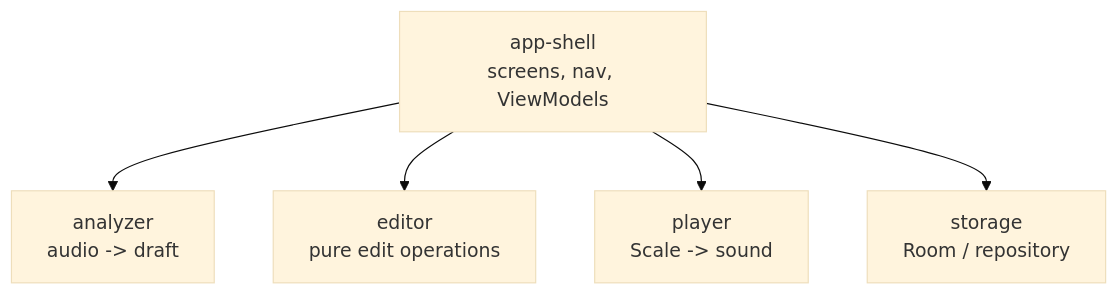
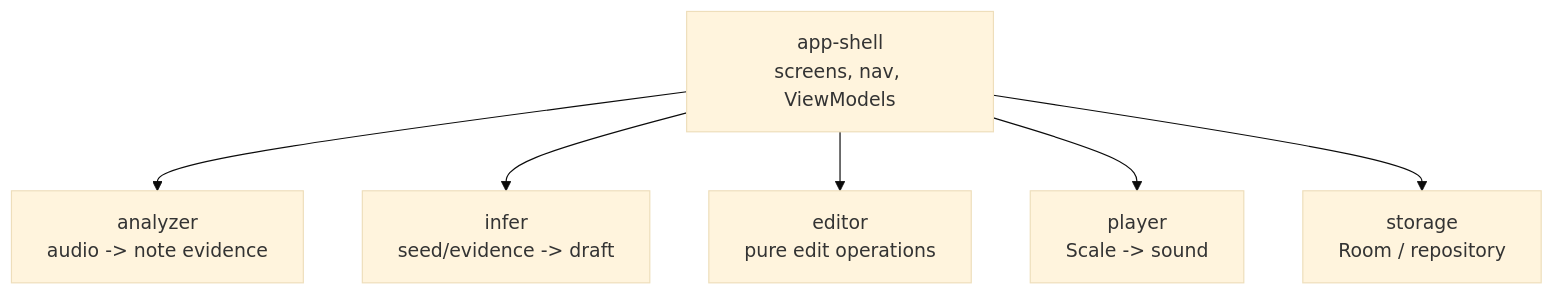
Before and after one commit to robertdyr/skales-v1: the first of 5 diagrams in docs/architecture/overview.md, drawn with Mermaid (base theme). The commit also changed other lines of this file and 34 other files, not shown here.

````diff
--- a/docs/architecture/overview.md
+++ b/docs/architecture/overview.md
@@ -39,13 +40,15 @@
 ```mermaid
 flowchart TD
     App["app-shell<br/>screens, nav, ViewModels"]
-    Analyzer["analyzer<br/>audio -> draft"]
+    Analyzer["analyzer<br/>audio -> note evidence"]
+    Infer["infer<br/>seed/evidence -> draft"]
     Editor["editor<br/>pure edit operations"]
     Player["player<br/>Scale -> sound"]
     Storage["storage<br/>Room / repository"]
 
     App --> Analyzer
+    App --> Infer
     App --> Editor
     App --> Player
     App --> Storage
 ```
````
